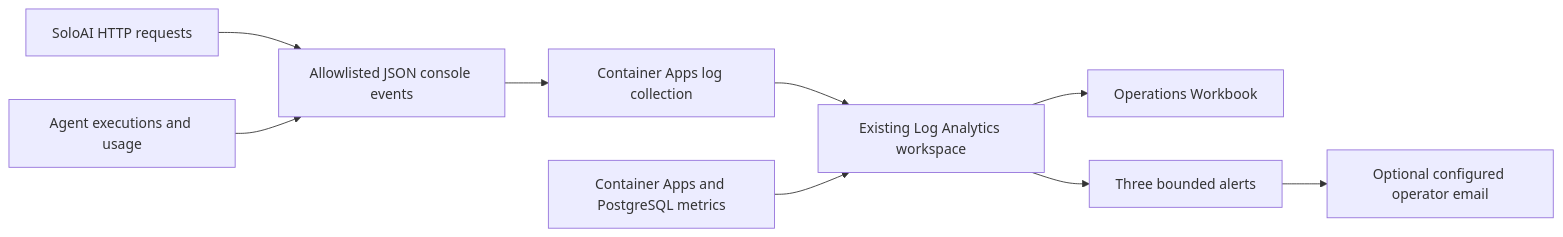
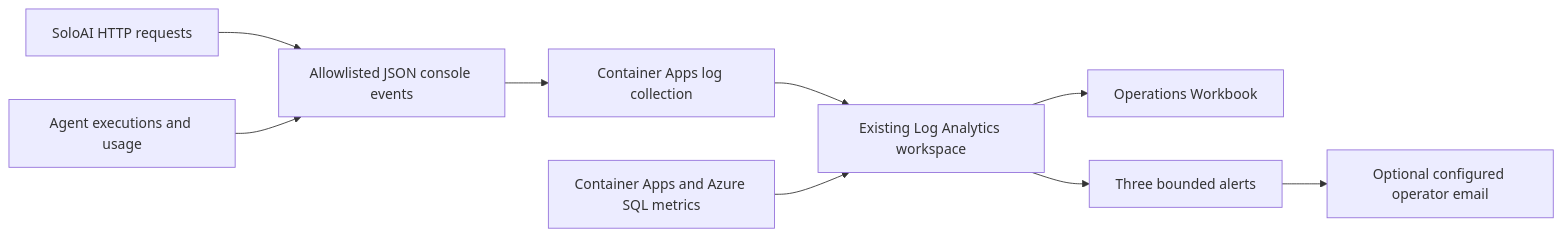
One commit to sumitsharma01/soloai changed the diagram in docs/monitoring.md. Above: the diagram before and after it, drawn with Mermaid. The commit also changed other lines of this file and 26 other files, not shown here.

Commit message:
Use Azure SQL free allowance with auto-pause and update architecture

````diff
--- a/docs/monitoring.md
+++ b/docs/monitoring.md
@@ -64,11 +64,11 @@
 ```mermaid
 flowchart LR
   API[SoloAI HTTP requests] --> Events[Allowlisted JSON console events]
   Agent[Agent executions and usage] --> Events
   Events --> ACA[Container Apps log collection]
   ACA --> LAW[Existing Log Analytics workspace]
-  Infra[Container Apps and PostgreSQL metrics] --> LAW
+  Infra[Container Apps and Azure SQL metrics] --> LAW
   LAW --> Workbook[Operations Workbook]
   LAW --> Alerts[Three bounded alerts]
   Alerts --> Operator[Optional configured operator email]
 ```
````
